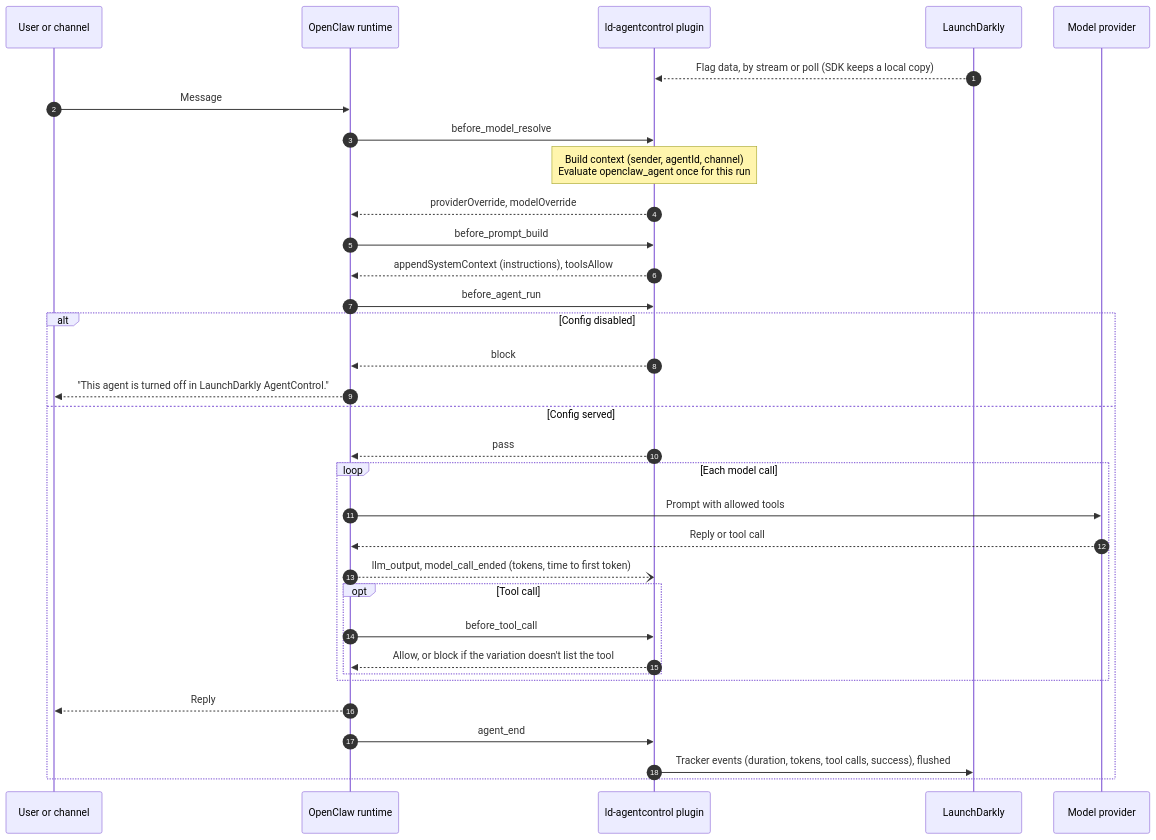
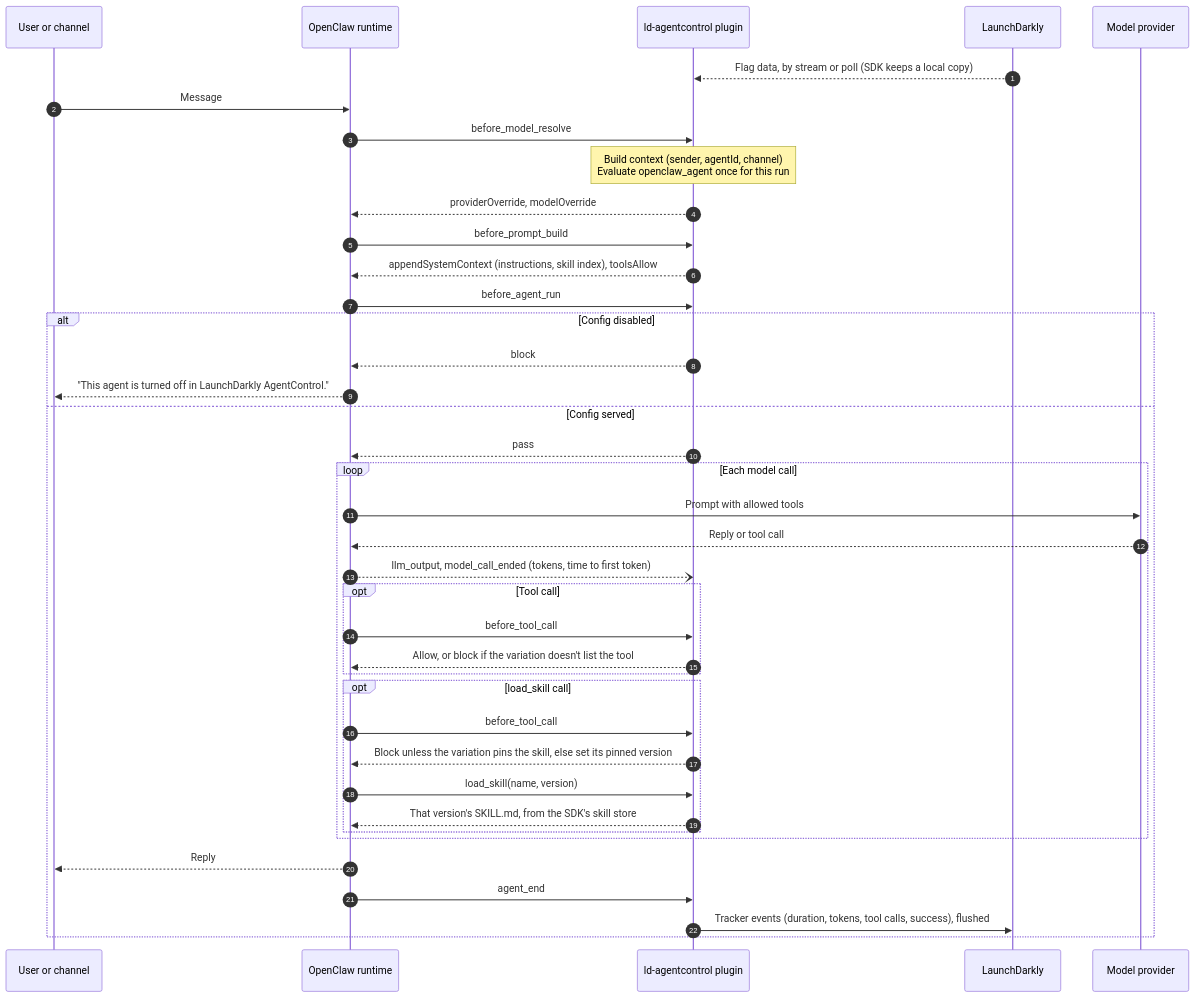
One commit to JeremyDarkly/policy_agent changed the diagram in openclaw/README.md. Above: the diagram before and after it, drawn with Mermaid. The commit also changed other lines of this file and 10 other files, not shown here.

First line of the commit message:
feat(openclaw): serve each variation's pinned skills to OpenClaw agents

````diff
--- a/openclaw/README.md
+++ b/openclaw/README.md
@@ -68,36 +76,42 @@
 ```mermaid
 sequenceDiagram
     autonumber
     participant U as User or channel
     participant OC as OpenClaw runtime
     participant P as ld-agentcontrol plugin
     participant LD as LaunchDarkly
     participant M as Model provider
 
     LD-->>P: Flag data, by stream or poll (SDK keeps a local copy)
     U->>OC: Message
     OC->>P: before_model_resolve
     Note over P: Build context (sender, agentId, channel)<br/>Evaluate openclaw_agent once for this run
     P-->>OC: providerOverride, modelOverride
     OC->>P: before_prompt_build
-    P-->>OC: appendSystemContext (instructions), toolsAllow
+    P-->>OC: appendSystemContext (instructions, skill index), toolsAllow
     OC->>P: before_agent_run
     alt Config disabled
         P-->>OC: block
         OC-->>U: "This agent is turned off in LaunchDarkly AgentControl."
     else Config served
         P-->>OC: pass
         loop Each model call
             OC->>M: Prompt with allowed tools
             M-->>OC: Reply or tool call
             OC--)P: llm_output, model_call_ended (tokens, time to first token)
             opt Tool call
                 OC->>P: before_tool_call
                 P-->>OC: Allow, or block if the variation doesn't list the tool
             end
+            opt load_skill call
+                OC->>P: before_tool_call
+                P-->>OC: Block unless the variation pins the skill, else set its pinned version
+                OC->>P: load_skill(name, version)
+                P-->>OC: That version's SKILL.md, from the SDK's skill store
+            end
         end
         OC-->>U: Reply
         OC->>P: agent_end
         P->>LD: Tracker events (duration, tokens, tool calls, success), flushed
     end
 ```
````
